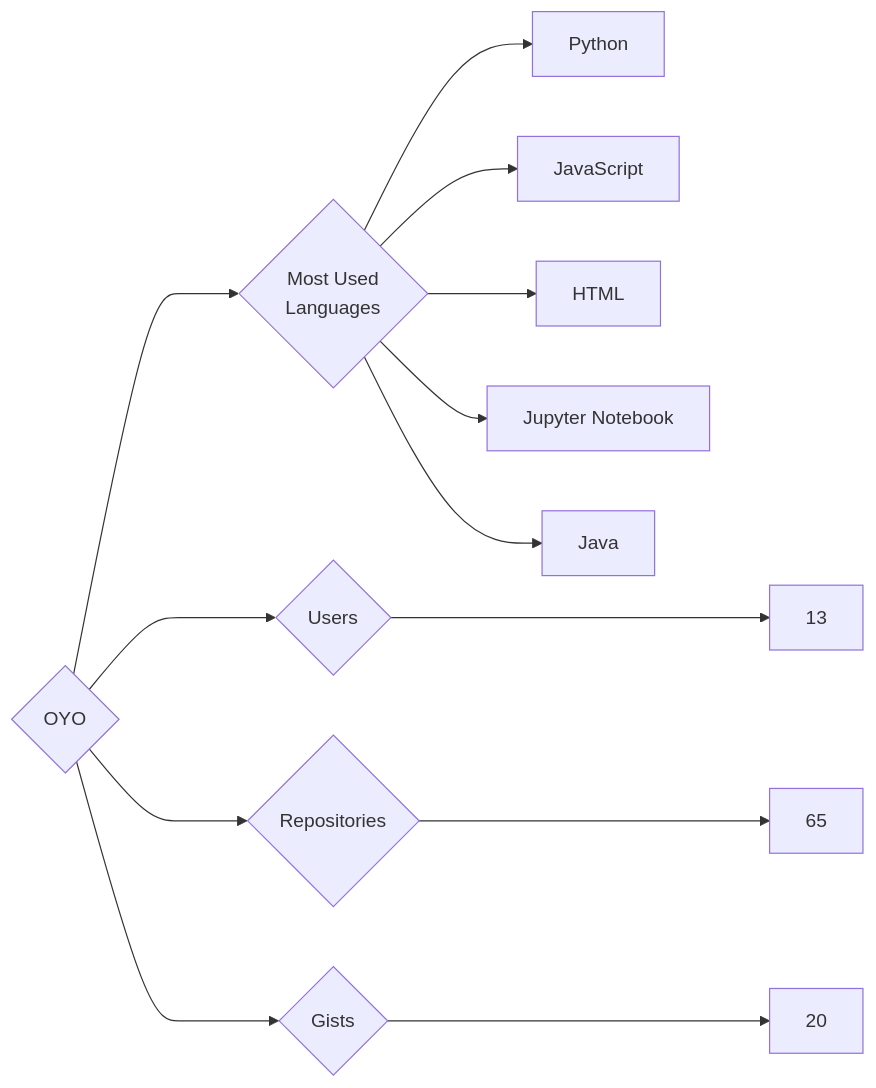
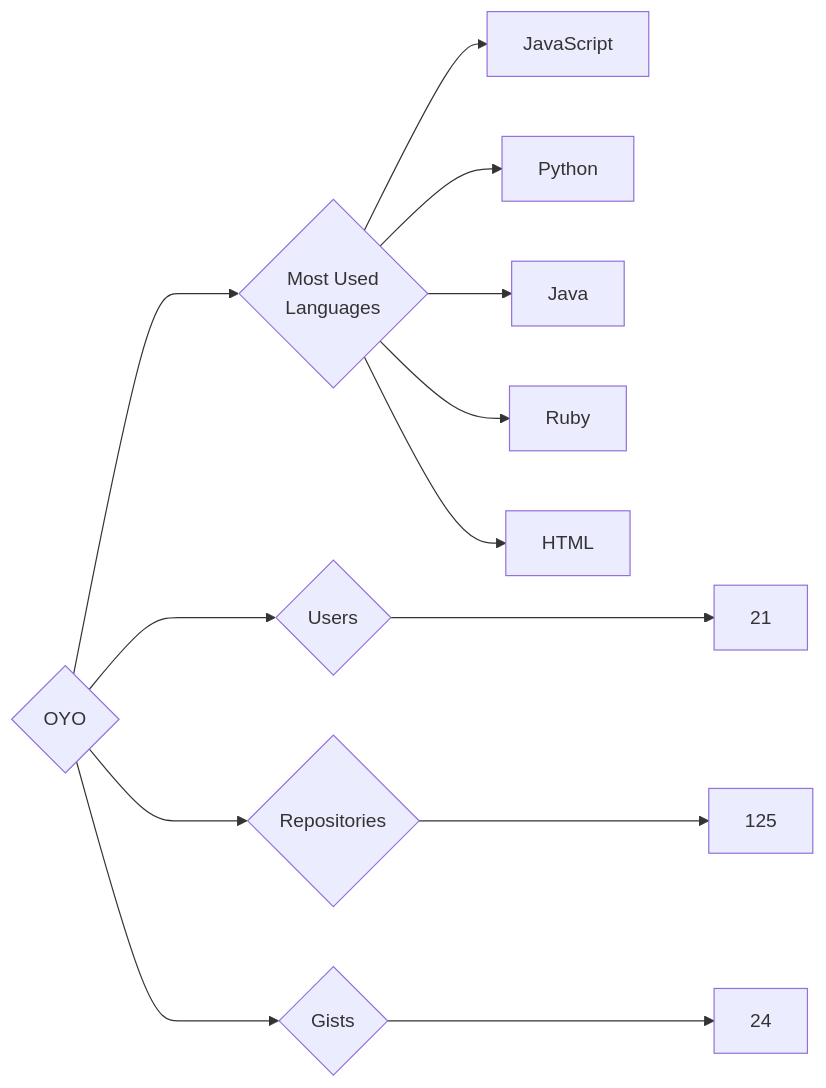
One commit to trickest/insiders changed the diagram in targets/OYO/README.md. Above: the diagram before and after it, drawn with Mermaid. The commit also changed 995 other files, not shown here.

````diff
--- a/targets/OYO/README.md
+++ b/targets/OYO/README.md
@@ -3,13 +3,13 @@
 ```mermaid
 graph LR
 COMPANY_NAME{OYO}
-COMPANY_NAME ---> U{Users} ---> UN[13]
-COMPANY_NAME ---> R{Repositories} ---> RN[65]
-COMPANY_NAME ---> G{Gists} ---> GN[20]
+COMPANY_NAME ---> U{Users} ---> UN[21]
+COMPANY_NAME ---> R{Repositories} ---> RN[125]
+COMPANY_NAME ---> G{Gists} ---> GN[24]
 COMPANY_NAME ---> ML{Most Used<br>Languages}
+ML --> JavaScript[JavaScript]
 ML --> Python[Python]
-ML --> JavaScript[JavaScript]
+ML --> Java[Java]
+ML --> Ruby[Ruby]
 ML --> HTML[HTML]
-ML --> Jupyter_Notebook[Jupyter Notebook]
-ML --> Java[Java]
 ```
````
